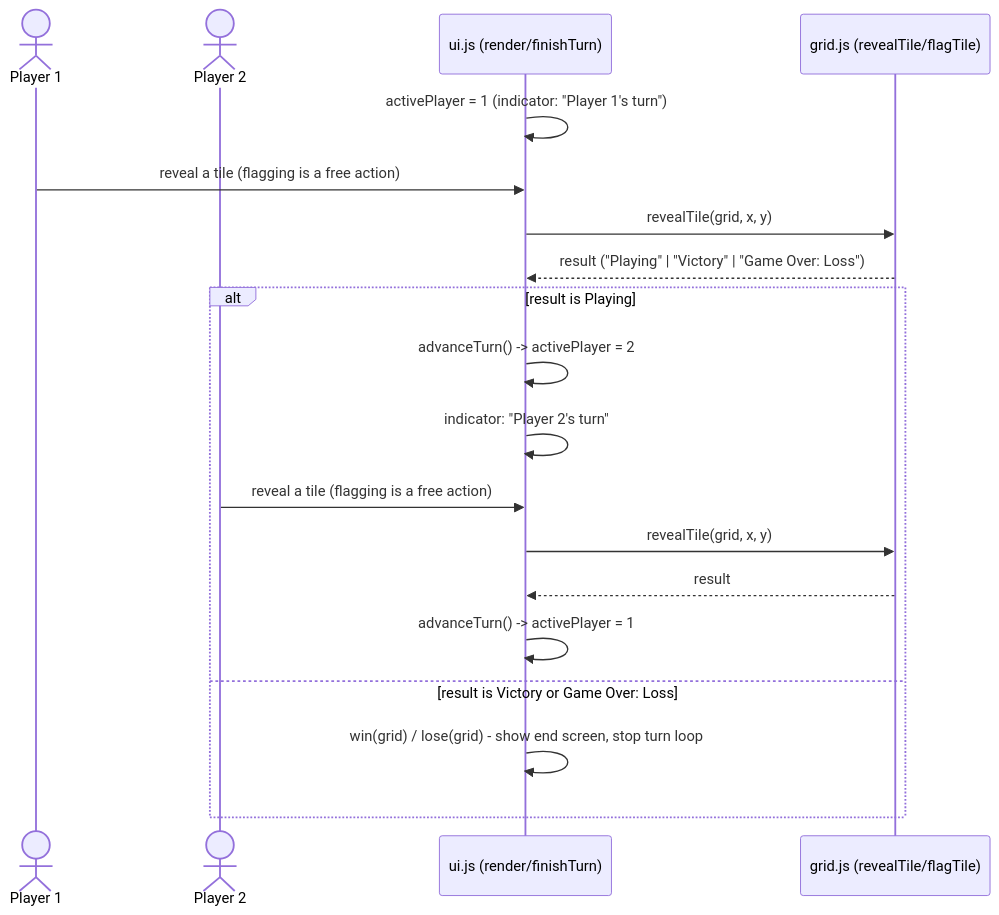
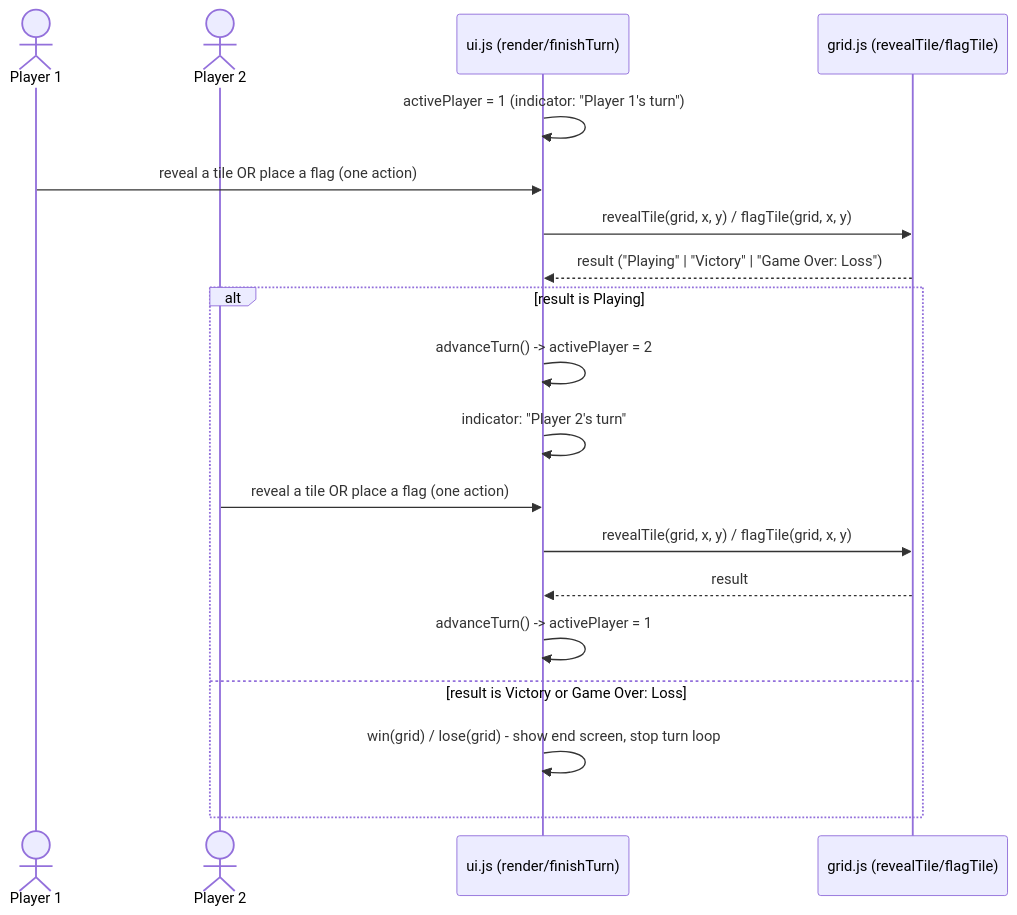
One commit to aidanp12/Software-Engineering-II-Project-1 changed the first of 2 diagrams in README.md. Above: the diagram before and after it, drawn with Mermaid. The commit also changed other lines of this file and 5 other files, not shown here.

Commit message:
Flag-or-reveal turns, cleaner menu, sprites, bomb explosion, screen shake and solo fall-off

````diff
--- a/README.md
+++ b/README.md
@@ -63,22 +62,22 @@
 ```mermaid
 sequenceDiagram
     actor P1 as Player 1
     actor P2 as Player 2
     participant UI as ui.js (render/finishTurn)
     participant Grid as grid.js (revealTile/flagTile)
 
     UI->>UI: activePlayer = 1 (indicator: "Player 1's turn")
-    P1->>UI: reveal a tile (flagging is a free action)
-    UI->>Grid: revealTile(grid, x, y)
+    P1->>UI: reveal a tile OR place a flag (one action)
+    UI->>Grid: revealTile(grid, x, y) / flagTile(grid, x, y)
     Grid-->>UI: result ("Playing" | "Victory" | "Game Over: Loss")
     alt result is Playing
         UI->>UI: advanceTurn() -> activePlayer = 2
         UI->>UI: indicator: "Player 2's turn"
-        P2->>UI: reveal a tile (flagging is a free action)
-        UI->>Grid: revealTile(grid, x, y)
+        P2->>UI: reveal a tile OR place a flag (one action)
+        UI->>Grid: revealTile(grid, x, y) / flagTile(grid, x, y)
         Grid-->>UI: result
         UI->>UI: advanceTurn() -> activePlayer = 1
     else result is Victory or Game Over: Loss
         UI->>UI: win(grid) / lose(grid) - show end screen, stop turn loop
     end
 ```
````
